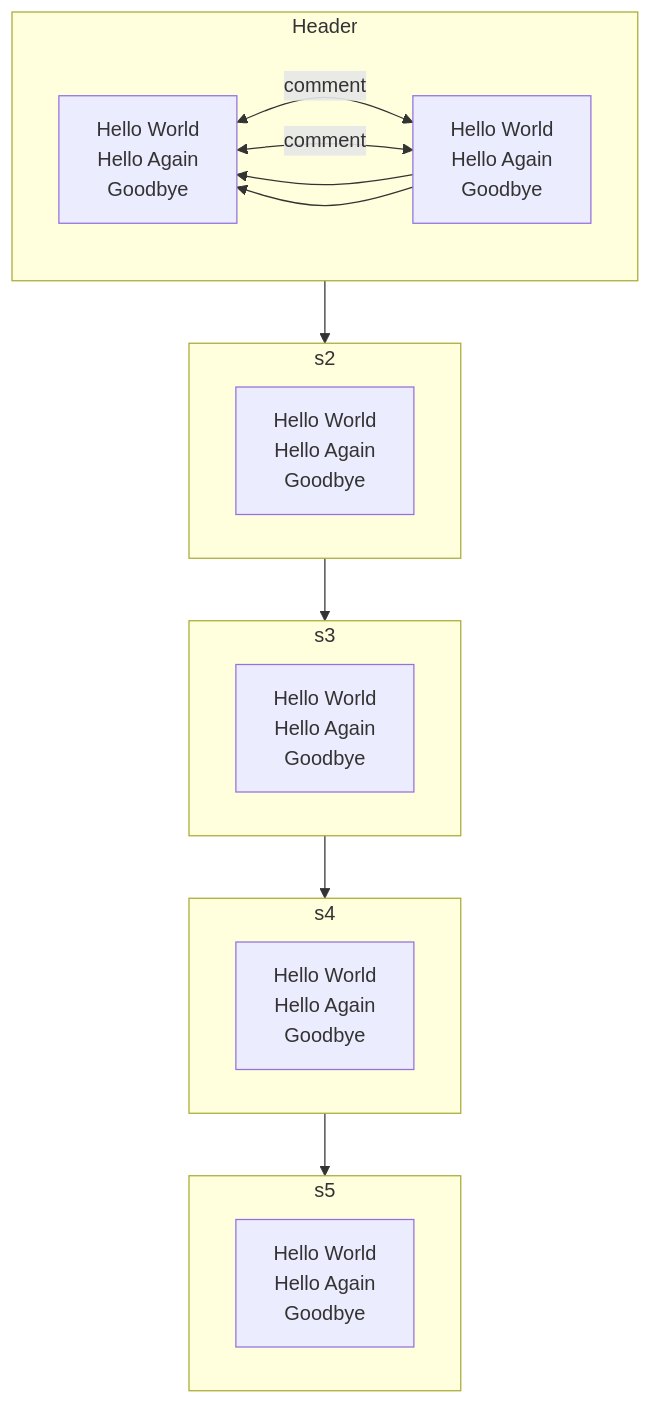
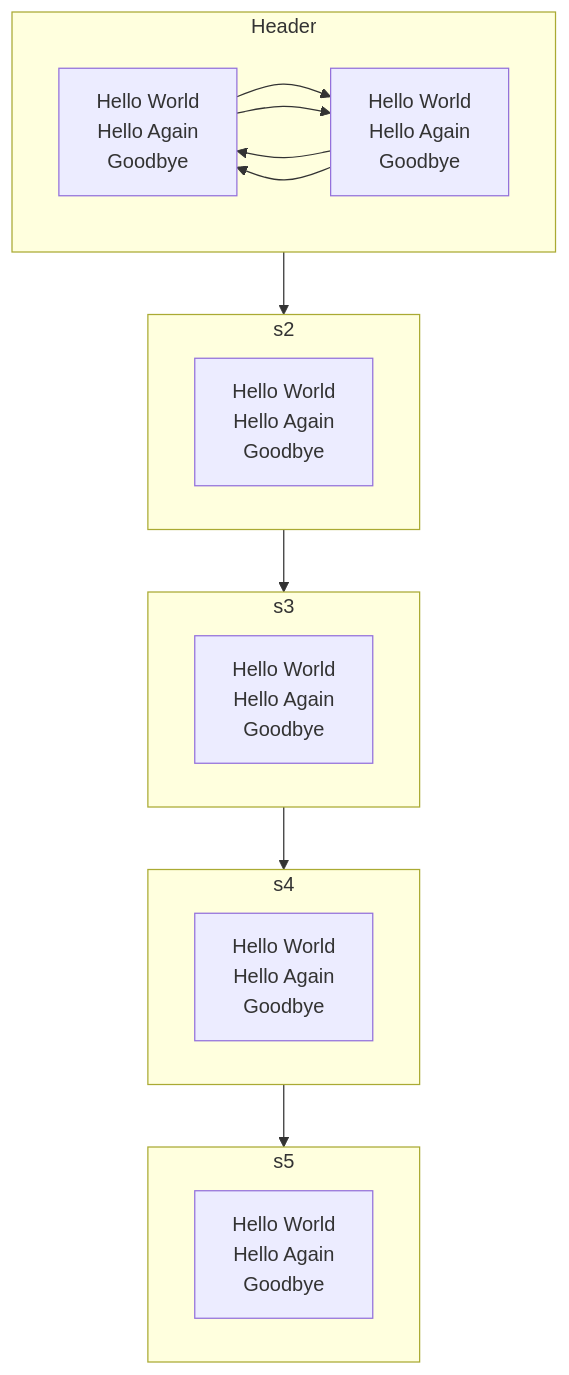
Before and after one commit to Alex-Rafter/wiki: the diagram in daily/2023-05-13.md, drawn with Mermaid.

````diff
--- a/daily/2023-05-13.md
+++ b/daily/2023-05-13.md
@@ -5,61 +5,61 @@
 ```mermaid
 
 flowchart TD
 s1 --> s2
 s2 --> s3
 s3 --> s4
 s4 --> s5
 
 subgraph s1["Header"]
 
 direction LR
 
 s1Problems["
     Hello World
     Hello Again
     Goodbye
     "]
 
 s1DesProblems["
     Hello World
     Hello Again
     Goodbye
 "]
 
-s1Problems <-- comment--> s1DesProblems & s1DesProblems --> s1Problems
+s1Problems --> s1DesProblems & s1DesProblems --> s1Problems
 
 end
 
 subgraph s2
 s2Problems["
     Hello World
     Hello Again
     Goodbye
     "]
 end
 
 subgraph s3
 s3Problems["
     Hello World
     Hello Again
     Goodbye
     "]
 end
 
 subgraph s4
 s4Problems["
     Hello World
     Hello Again
     Goodbye
     "]
 end
 
 subgraph s5
 s5Problems["
     Hello World
     Hello Again
     Goodbye
     "]
 end
 
 ```
````
